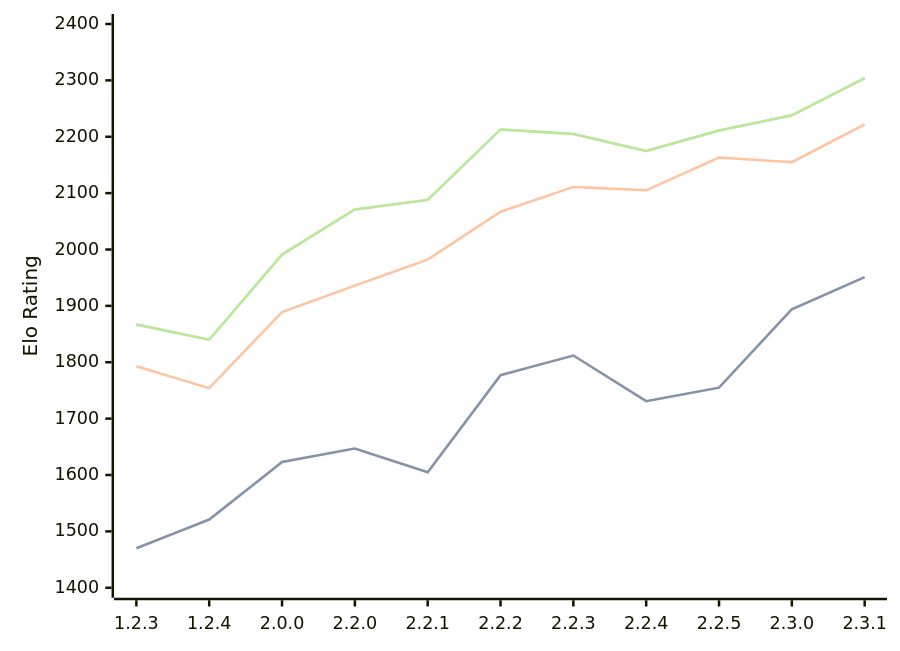
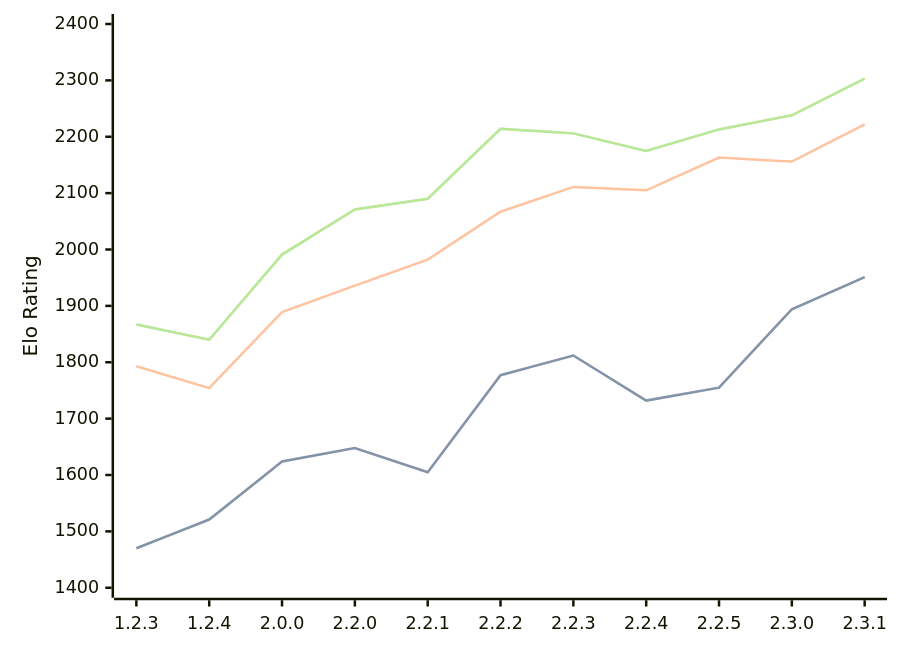
Before and after one commit to computer-chess-index/cci: the diagram in engines/Kreveta.md, drawn with Mermaid. The commit also changed other lines of this file, not shown here.

Commit message:
Update CCI Ratings (ELO VLTC) - 2026-08-23

````diff
--- a/engines/Kreveta.md
+++ b/engines/Kreveta.md
@@ -43,11 +43,11 @@
 ```mermaid
 %%{init: {"theme":"base","themeVariables":{"seriesColors:['#a3a3a3','#222221','#faa371']}}}%%
 xychart-beta
   x-axis ["1.2.3", "1.2.4", "2.0.0", "2.2.0", "2.2.1", "2.2.2", "2.2.3", "2.2.4", "2.2.5", "2.3.0", "2.3.1"]
   y-axis "Elo Rating" 1400 --> 2400
-  line "STC (8.0+0.08s)" [1470, 1521, 1623, 1647, 1605, 1777, 1812, 1731, 1755, 1894, 1951]
-  line "STC (8.0+0.08s)" [1470, 1521, 1623, 1647, 1605, 1777, 1812, 1731, 1755, 1894, 1951]
-  line "LTC (60.0+0.60s)" [1793, 1754, 1889, 1936, 1982, 2067, 2111, 2105, 2163, 2155, 2222]
-  line "VLTC (2m24s+1.12s)" [1867, 1840, 1991, 2071, 2088, 2213, 2205, 2175, 2211, 2238, 2304]
-  line "VLTC (2m24s+1.12s)" [1867, 1840, 1991, 2071, 2088, 2213, 2205, 2175, 2211, 2238, 2304]
+  line "STC (8.0+0.08s)" [1470, 1521, 1624, 1648, 1605, 1777, 1812, 1732, 1755, 1894, 1951]
+  line "STC (8.0+0.08s)" [1470, 1521, 1624, 1648, 1605, 1777, 1812, 1732, 1755, 1894, 1951]
+  line "LTC (60.0+0.60s)" [1793, 1754, 1889, 1936, 1982, 2067, 2111, 2105, 2163, 2156, 2222]
+  line "VLTC (2m24s+1.12s)" [1867, 1840, 1991, 2071, 2090, 2214, 2206, 2175, 2213, 2238, 2303]
+  line "VLTC (2m24s+1.12s)" [1867, 1840, 1991, 2071, 2090, 2214, 2206, 2175, 2213, 2238, 2303]
 ```
````
